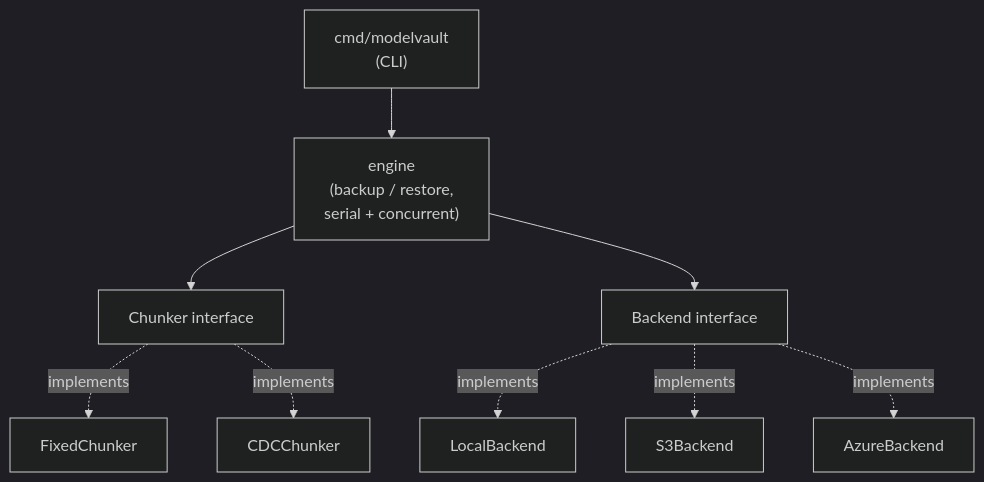
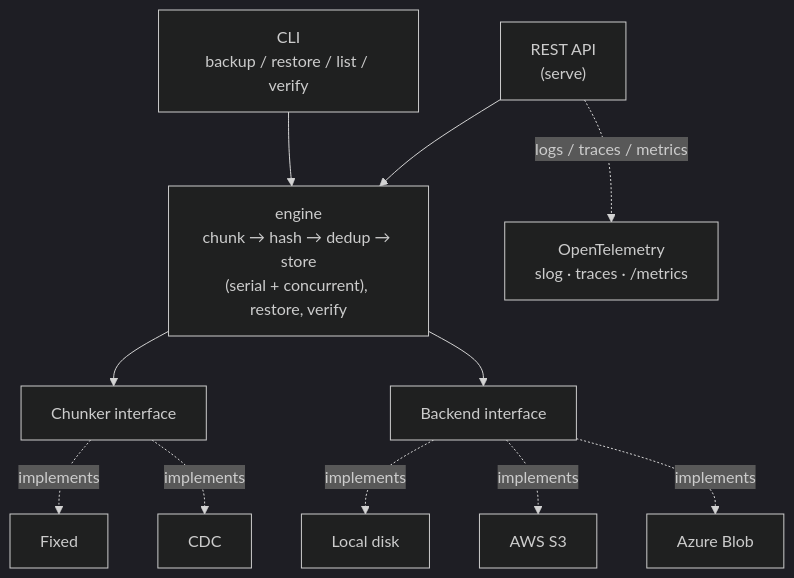
Before and after one commit to Arjun7114/modelvault: the second of 2 diagrams in README.md, drawn with Mermaid (dark theme). The commit also changed other lines of this file, not shown here.

````diff
--- a/README.md
+++ b/README.md
@@ -59,11 +47,14 @@
 ```mermaid
 flowchart TB
-    CLI["cmd/modelvault<br/>(CLI)"] --> ENG["engine<br/>(backup / restore,<br/>serial + concurrent)"]
+    CLI["CLI<br/>backup / restore / list / verify"] --> ENG
+    HTTP["REST API<br/>(serve)"] --> ENG
+    ENG["engine<br/>chunk → hash → dedup → store<br/>(serial + concurrent), restore, verify"]
     ENG --> CHI["Chunker interface"]
     ENG --> BEI["Backend interface"]
-    CHI -. implements .-> FX["FixedChunker"]
-    CHI -. implements .-> CD["CDCChunker"]
-    BEI -. implements .-> LB["LocalBackend"]
-    BEI -. implements .-> S3["S3Backend"]
-    BEI -. implements .-> AZ["AzureBackend"]
+    CHI -. implements .-> FX["Fixed"]
+    CHI -. implements .-> CD["CDC"]
+    BEI -. implements .-> LB["Local disk"]
+    BEI -. implements .-> S3["AWS S3"]
+    BEI -. implements .-> AZ["Azure Blob"]
+    HTTP -. logs / traces / metrics .-> OBS["OpenTelemetry<br/>slog · traces · /metrics"]
 ```
````
